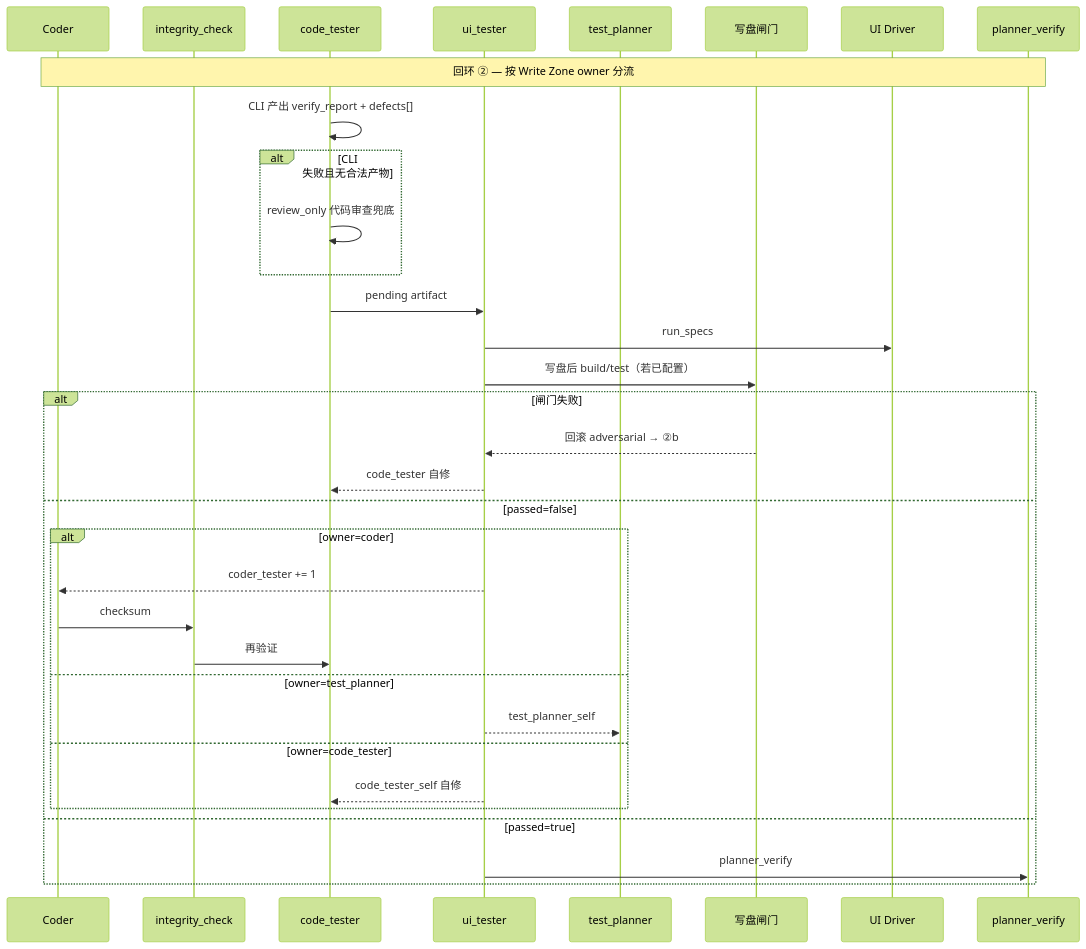
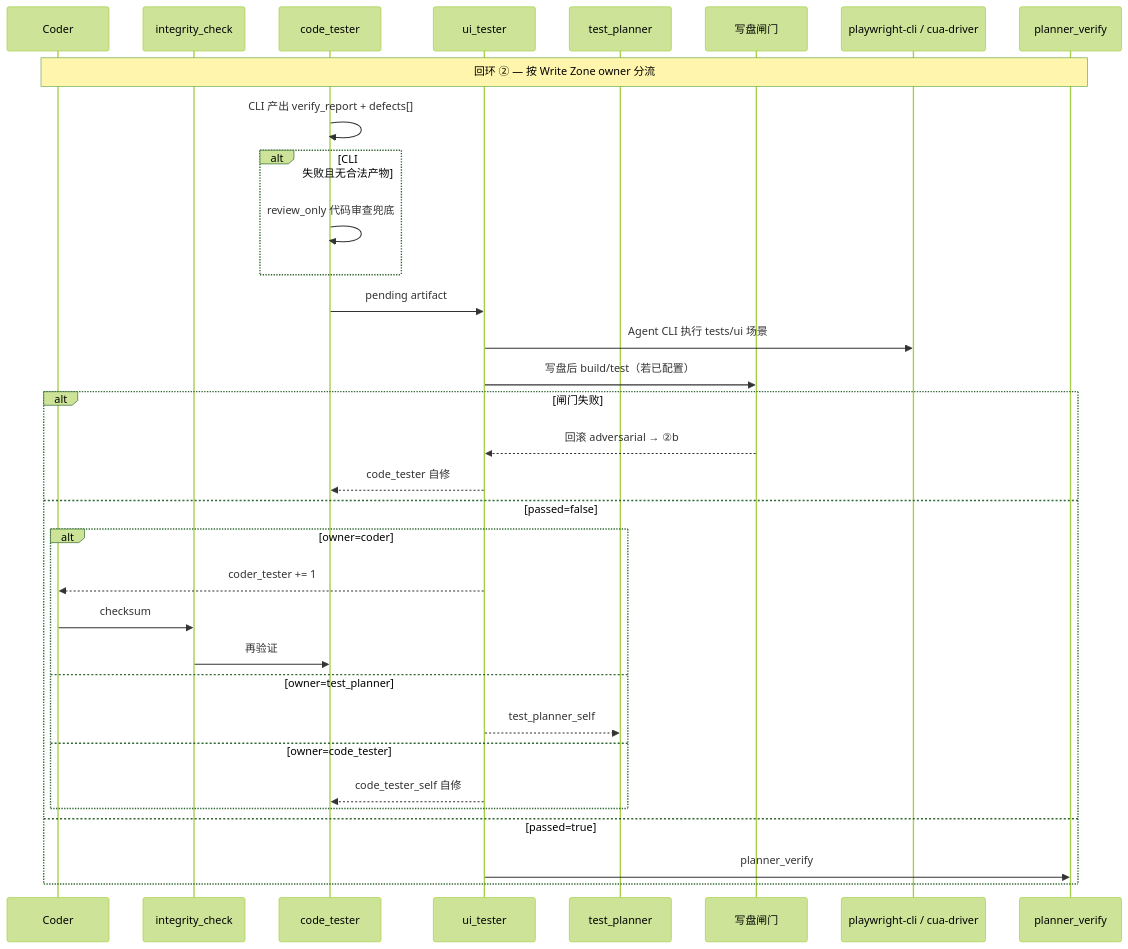
Before and after one commit to ai-poet/spec-forge: the third of 4 diagrams in README.md, drawn with Mermaid (forest theme). The commit also changed other lines of this file and 79 other files, not shown here.

````diff
--- a/README.md
+++ b/README.md
@@ -310,36 +343,36 @@
 ```mermaid
 sequenceDiagram
   participant Coder
   participant Integrity as integrity_check
   participant CodeTester as code_tester
   participant UiTester as ui_tester
   participant TestPlanner as test_planner
   participant Gate as 写盘闸门
-  participant UI as UI Driver
+  participant UI as playwright-cli / cua-driver
   participant Verify as planner_verify
 
   Note over Coder,Verify: 回环 ② — 按 Write Zone owner 分流
   CodeTester->>CodeTester: CLI 产出 verify_report + defects[]
   alt CLI 失败且无合法产物
     CodeTester->>CodeTester: review_only 代码审查兜底
   end
   CodeTester->>UiTester: pending artifact
-  UiTester->>UI: run_specs
+  UiTester->>UI: Agent CLI 执行 tests/ui 场景
   UiTester->>Gate: 写盘后 build/test（若已配置）
   alt 闸门失败
     Gate-->>UiTester: 回滚 adversarial → ②b
     UiTester-->>CodeTester: code_tester 自修
   else passed=false
     alt owner=coder
       UiTester-->>Coder: coder_tester += 1
       Coder->>Integrity: checksum
       Integrity->>CodeTester: 再验证
     else owner=test_planner
       UiTester-->>TestPlanner: test_planner_self
     else owner=code_tester
       UiTester-->>CodeTester: code_tester_self 自修
     end
   else passed=true
     UiTester->>Verify: planner_verify
   end
 ```
````
